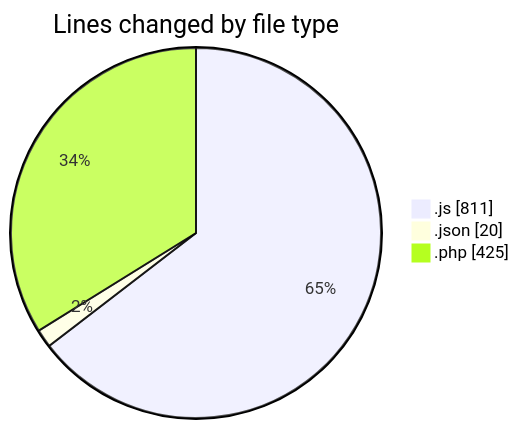
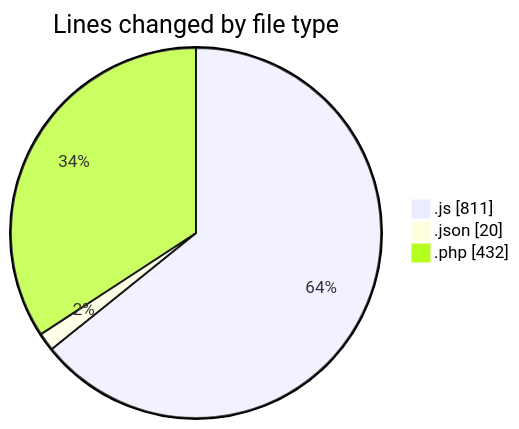
Before and after one commit to debugP/code-tracking: the first of 2 diagrams in 2025-10-01/untitled__workspace_/README.md, drawn with Mermaid. The commit also changed other lines of this file and 1 other file, not shown here.

````diff
--- a/2025-10-01/untitled__workspace_/README.md
+++ b/2025-10-01/untitled__workspace_/README.md
@@ -22,7 +22,7 @@
 ```mermaid
 pie showData
 title Lines changed by file type
 ".js" : 811
 ".json" : 20
-".php" : 425
+".php" : 432
 ```
````
